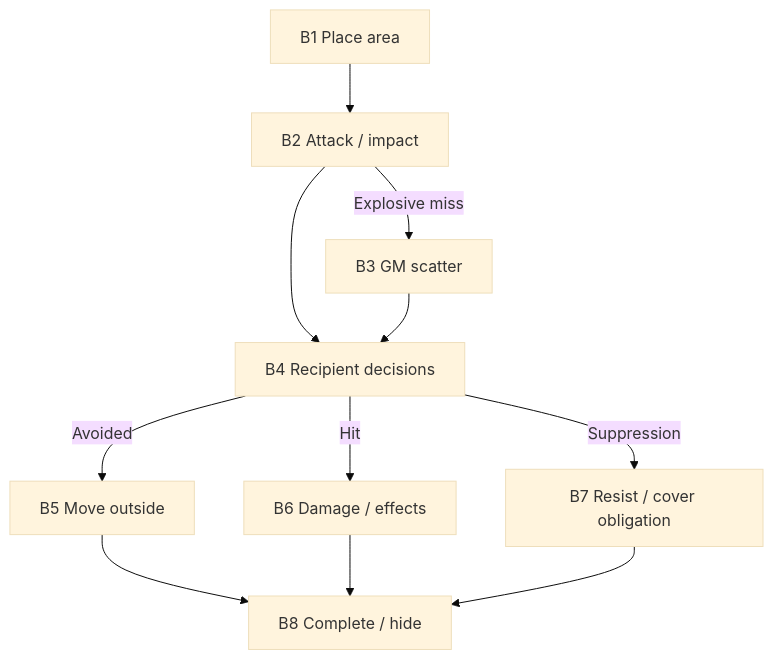
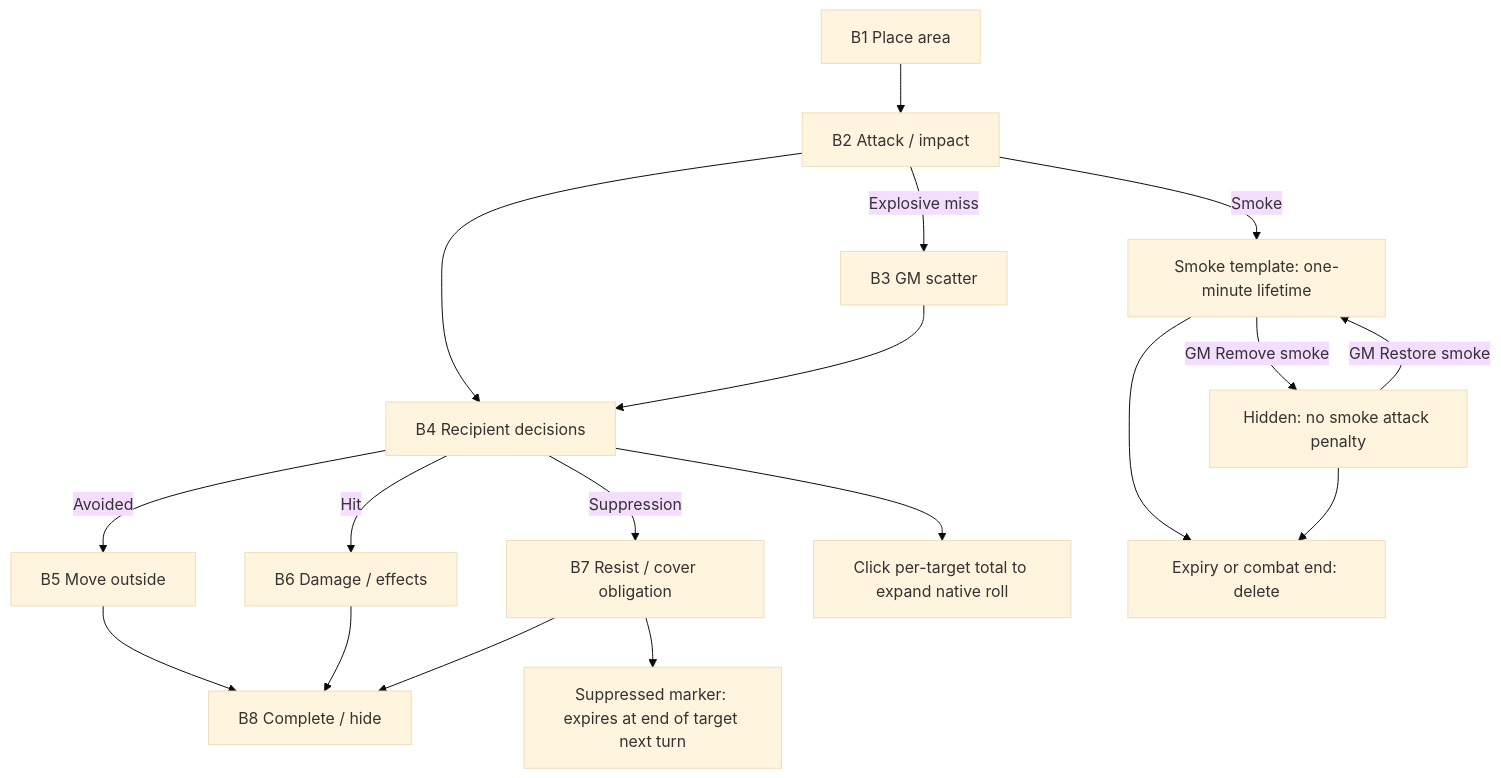
One commit to GMPneuma/PneumaCombatTools changed the fourth of 15 diagrams in docs/flow-map.md. Above: the diagram before and after it, drawn with Mermaid (base theme). The commit also changed other lines of this file and 74 other files, not shown here.

```diff
--- a/docs/flow-map.md
+++ b/docs/flow-map.md
@@ -90,13 +90,20 @@
 ~~~mermaid
 flowchart TD
  B1["B1 Place area"] --> B2["B2 Attack / impact"]
  B2 -->|Explosive miss| B3["B3 GM scatter"]
  B2 --> B4["B4 Recipient decisions"]
  B3 --> B4
  B4 -->|Avoided| B5["B5 Move outside"]
  B4 -->|Hit| B6["B6 Damage / effects"]
  B4 -->|Suppression| B7["B7 Resist / cover obligation"]
  B5 --> B8["B8 Complete / hide"]
  B6 --> B8
  B7 --> B8
+ B7 --> BP["Suppressed marker: expires at end of target next turn"]
+ B4 --> BT["Click per-target total to expand native roll"]
+ B2 -->|Smoke| BS["Smoke template: one-minute lifetime"]
+ BS -->|GM Remove smoke| BH["Hidden: no smoke attack penalty"]
+ BH -->|GM Restore smoke| BS
+ BS --> BX["Expiry or combat end: delete"]
+ BH --> BX
 ~~~
```
